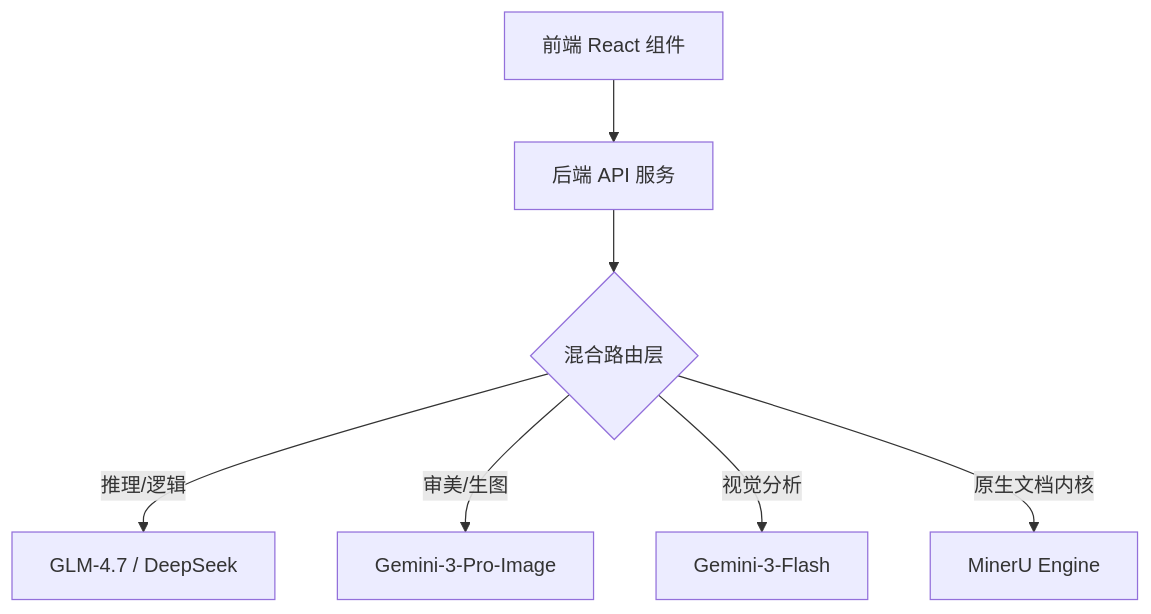
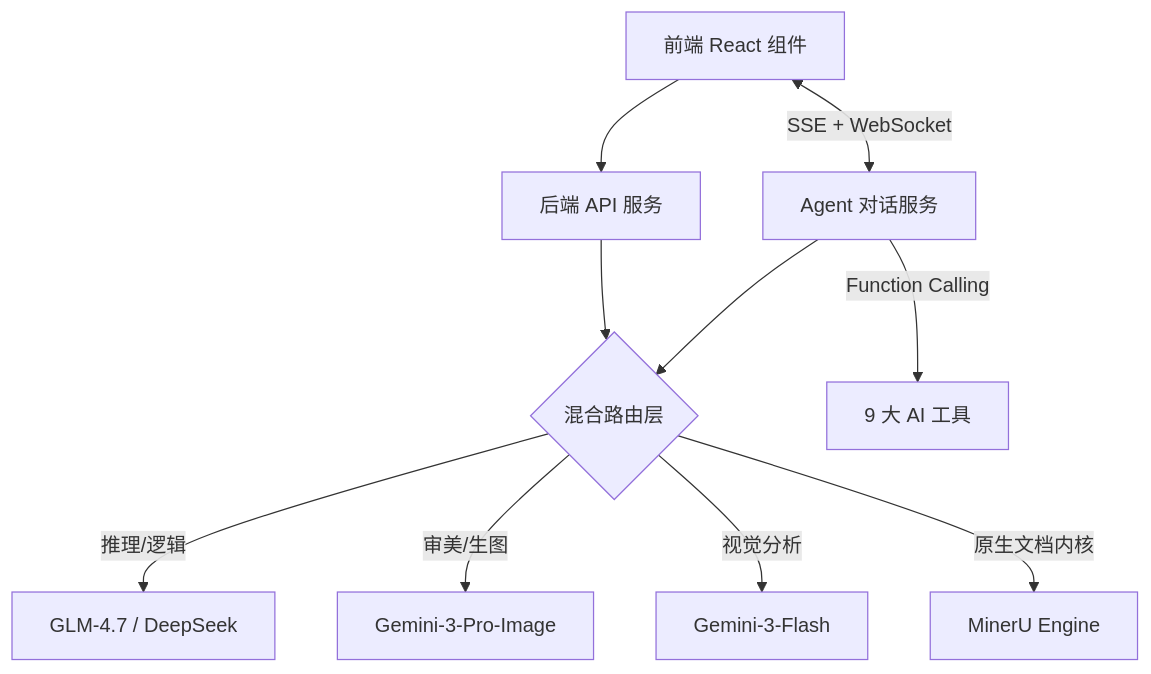
Before and after one commit to 466852675/BananaSlides-GenAI: the diagram in README.md, drawn with Mermaid. The commit also changed other lines of this file and 61 other files, not shown here.

````diff
--- a/README.md
+++ b/README.md
@@ -275,9 +310,12 @@
 ```mermaid
 graph TD
     UI[前端 React 组件] --> Service[后端 API 服务]
     Service --> Router{混合路由层}
     Router -- 推理/逻辑 --> GLM[GLM-4.7 / DeepSeek]
     Router -- 审美/生图 --> Gemini[Gemini-3-Pro-Image]
     Router -- 视觉分析 --> Flash[Gemini-3-Flash]
     Router -- 原生文档内核 --> MinerU[MinerU Engine]
+    UI <-->|SSE + WebSocket| AgentSvc[Agent 对话服务]
+    AgentSvc --> Router
+    AgentSvc -->|Function Calling| Tools[9 大 AI 工具]
 ```
````
